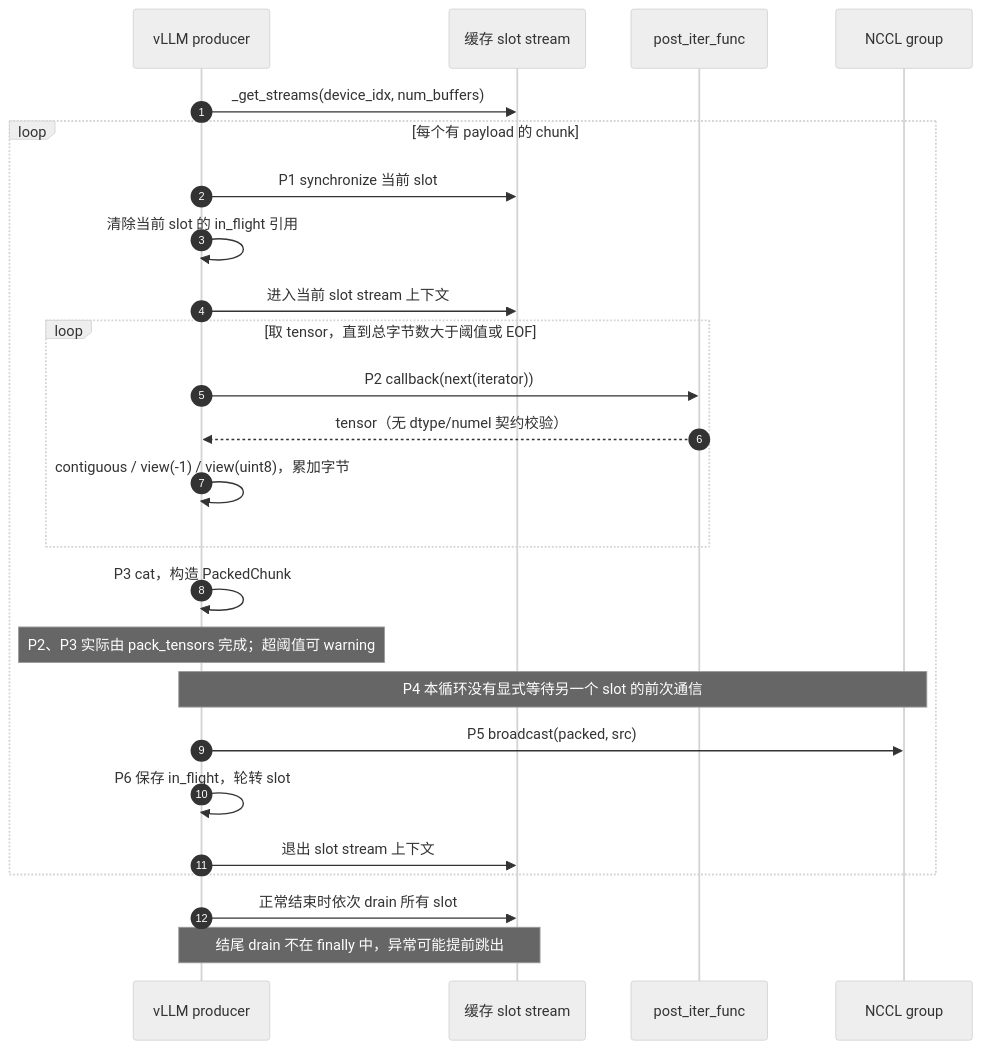
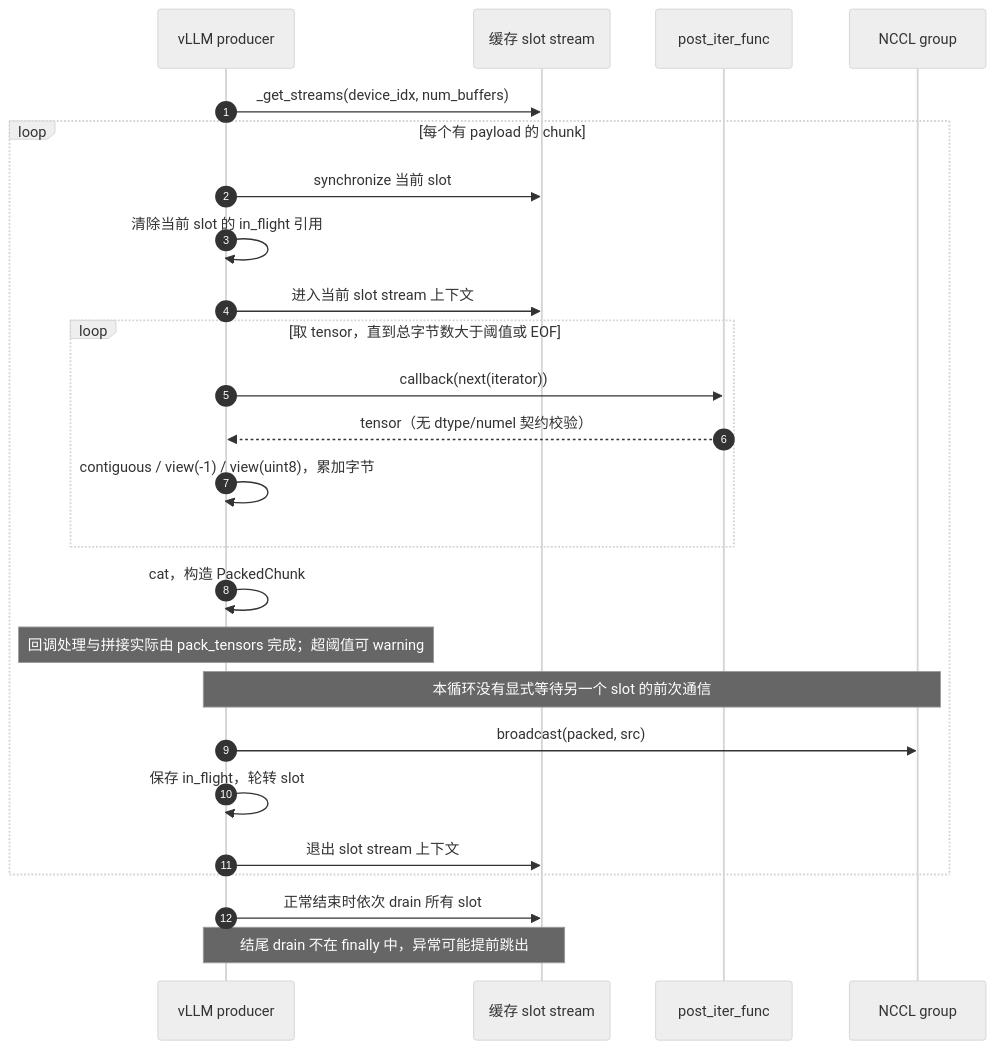
One commit to Liccol/ref-doc changed the first of 9 diagrams in vllm/weight-transfer/packed-tensor-design.md. Above: the diagram before and after it, drawn with Mermaid (neutral theme). The commit also changed other lines of this file and 5 other files, not shown here.

````diff
--- a/vllm/weight-transfer/packed-tensor-design.md
+++ b/vllm/weight-transfer/packed-tensor-design.md
@@ -36,27 +36,27 @@
 ```mermaid
 sequenceDiagram
     autonumber
     participant L as vLLM producer
     participant S as 缓存 slot stream
     participant F as post_iter_func
     participant G as NCCL group
     L->>S: _get_streams(device_idx, num_buffers)
     loop 每个有 payload 的 chunk
-        L->>S: P1 synchronize 当前 slot
+        L->>S: synchronize 当前 slot
         L->>L: 清除当前 slot 的 in_flight 引用
         L->>S: 进入当前 slot stream 上下文
         loop 取 tensor，直到总字节数大于阈值或 EOF
-            L->>F: P2 callback(next(iterator))
+            L->>F: callback(next(iterator))
             F-->>L: tensor（无 dtype/numel 契约校验）
             L->>L: contiguous / view(-1) / view(uint8)，累加字节
         end
-        L->>L: P3 cat，构造 PackedChunk
-        Note over L: P2、P3 实际由 pack_tensors 完成；超阈值可 warning
-        Note over L,G: P4 本循环没有显式等待另一个 slot 的前次通信
-        L->>G: P5 broadcast(packed, src)
-        L->>L: P6 保存 in_flight，轮转 slot
+        L->>L: cat，构造 PackedChunk
+        Note over L: 回调处理与拼接实际由 pack_tensors 完成；超阈值可 warning
+        Note over L,G: 本循环没有显式等待另一个 slot 的前次通信
+        L->>G: broadcast(packed, src)
+        L->>L: 保存 in_flight，轮转 slot
         L->>S: 退出 slot stream 上下文
     end
     L->>S: 正常结束时依次 drain 所有 slot
     Note over L,S: 结尾 drain 不在 finally 中，异常可能提前跳出
 ```
````
